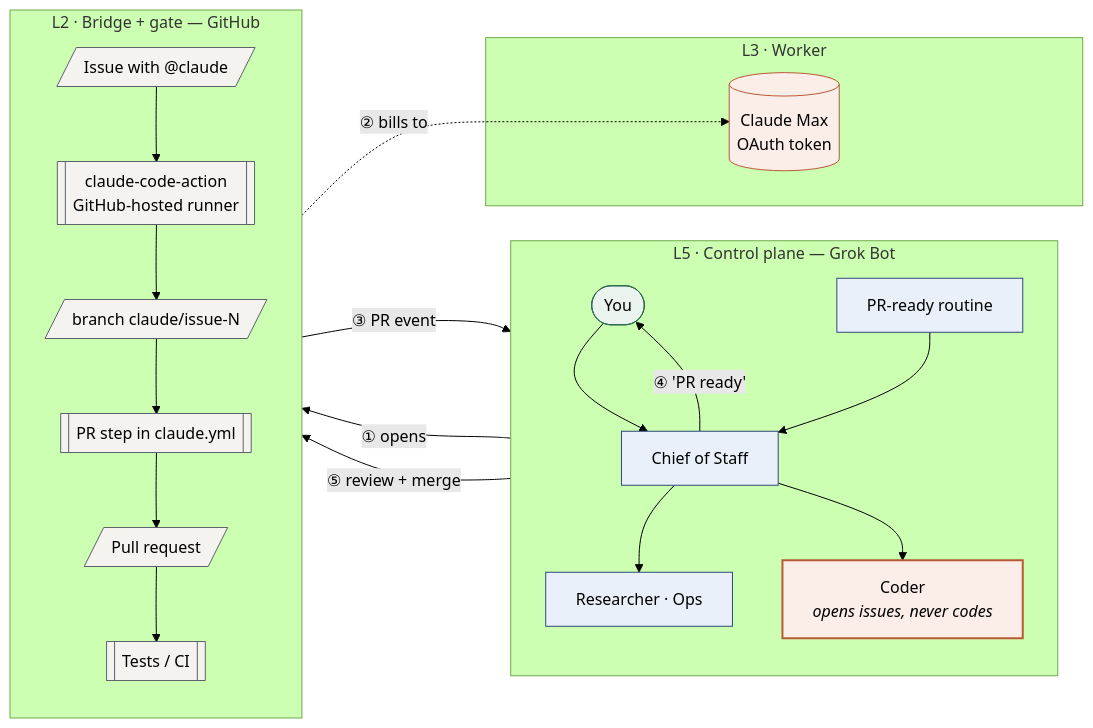
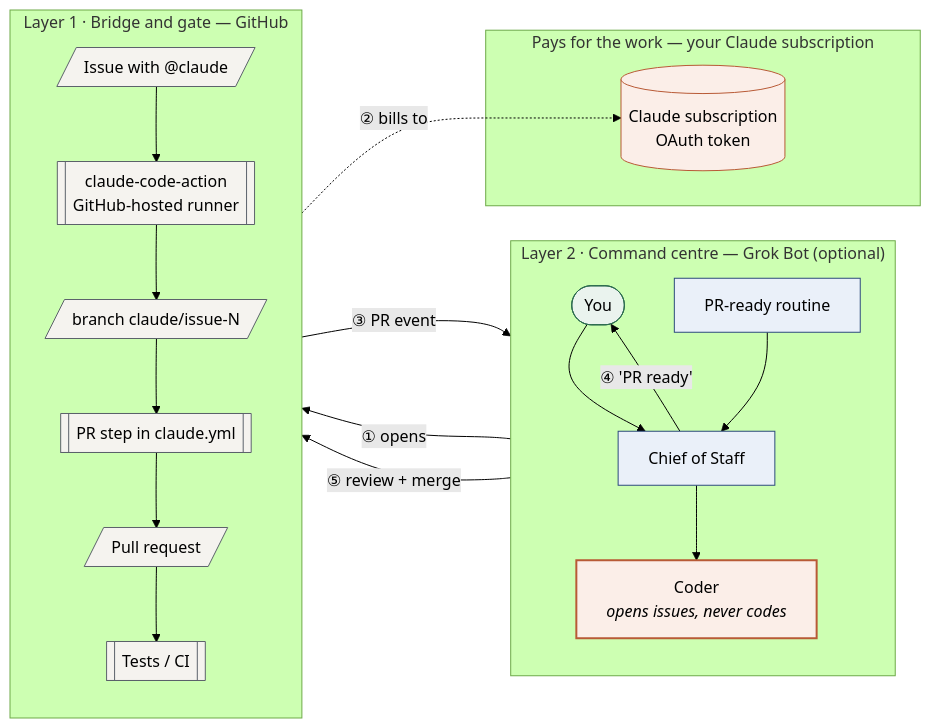
The first of 4 diagrams in docs/01-architecture.md (mathew-builds/Handoff), drawn with Mermaid (forest theme) before and after one commit. The commit also changed other lines of this file and 7 other files, not shown here.

````diff
--- a/docs/01-architecture.md
+++ b/docs/01-architecture.md
@@ -18,42 +18,40 @@
 ```mermaid
 flowchart LR
-    subgraph L5["L5 · Control plane — Grok Bot"]
+    subgraph GB["Layer 2 · Command centre — Grok Bot (optional)"]
         direction TB
         YOU([You]):::you
         COS[Chief of Staff]:::grok
-        SPEC[Researcher · Ops]:::grok
         CODER[Coder<br/><i>opens issues, never codes</i>]:::coder
         RT[PR-ready routine]:::grok
         YOU --> COS
-        COS --> SPEC
         COS --> CODER
         RT --> COS
     end
 
-    subgraph L2["L2 · Bridge + gate — GitHub"]
+    subgraph GH["Layer 1 · Bridge and gate — GitHub"]
         direction TB
         ISSUE[/"Issue with @claude"/]:::gh
         RUN[["claude-code-action<br/>GitHub-hosted runner"]]:::gh
         PR[/"Pull request"/]:::gh
         CI[["Tests / CI"]]:::gh
         BR[/"branch claude/issue-N"/]:::gh
         OPR[["PR step in claude.yml"]]:::gh
         ISSUE --> RUN --> BR --> OPR --> PR --> CI
     end
 
-    subgraph L3["L3 · Worker"]
-        CLAUDE[("Claude Max<br/>OAuth token")]:::claude
+    subgraph CS["Pays for the work — your Claude subscription"]
+        CLAUDE[("Claude subscription<br/>OAuth token")]:::claude
     end
 
     CODER -- "① opens" --> ISSUE
     RUN -. "② bills to" .-> CLAUDE
     PR -- "③ PR event" --> RT
     COS -- "④ 'PR ready'" --> YOU
     YOU -- "⑤ review + merge" --> PR
 
     classDef you fill:#EAF3EE,stroke:#2C6B4F
     classDef grok fill:#EAF0F9,stroke:#2C4A7C
     classDef coder fill:#FBEEE8,stroke:#B85A36,stroke-width:2px
     classDef gh fill:#F5F3EF,stroke:#5C626B
     classDef claude fill:#FBEEE8,stroke:#B85A36
 ```
````
